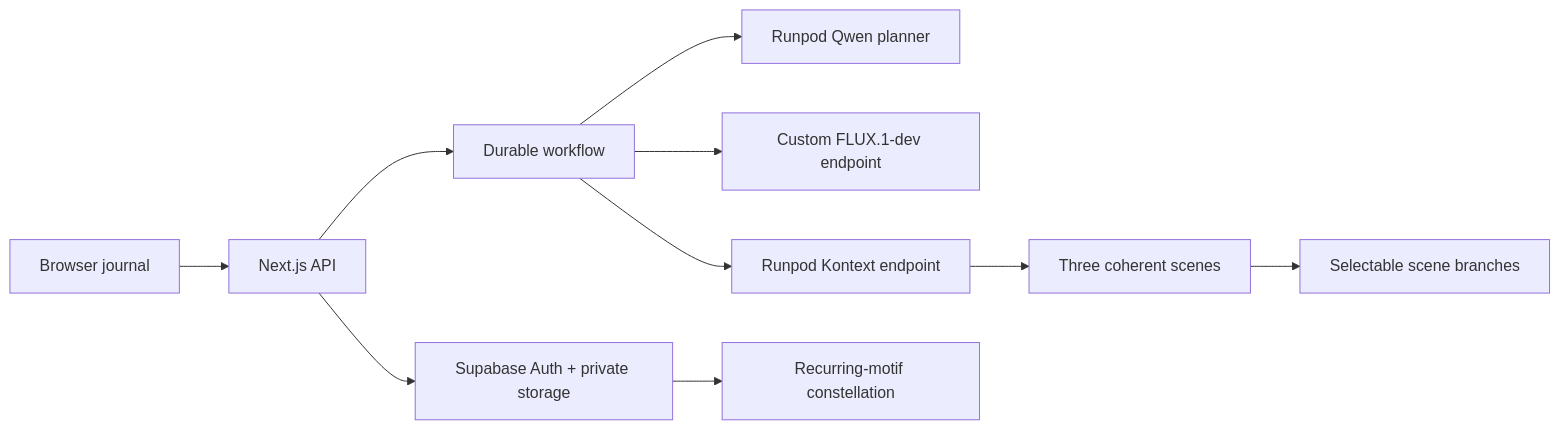
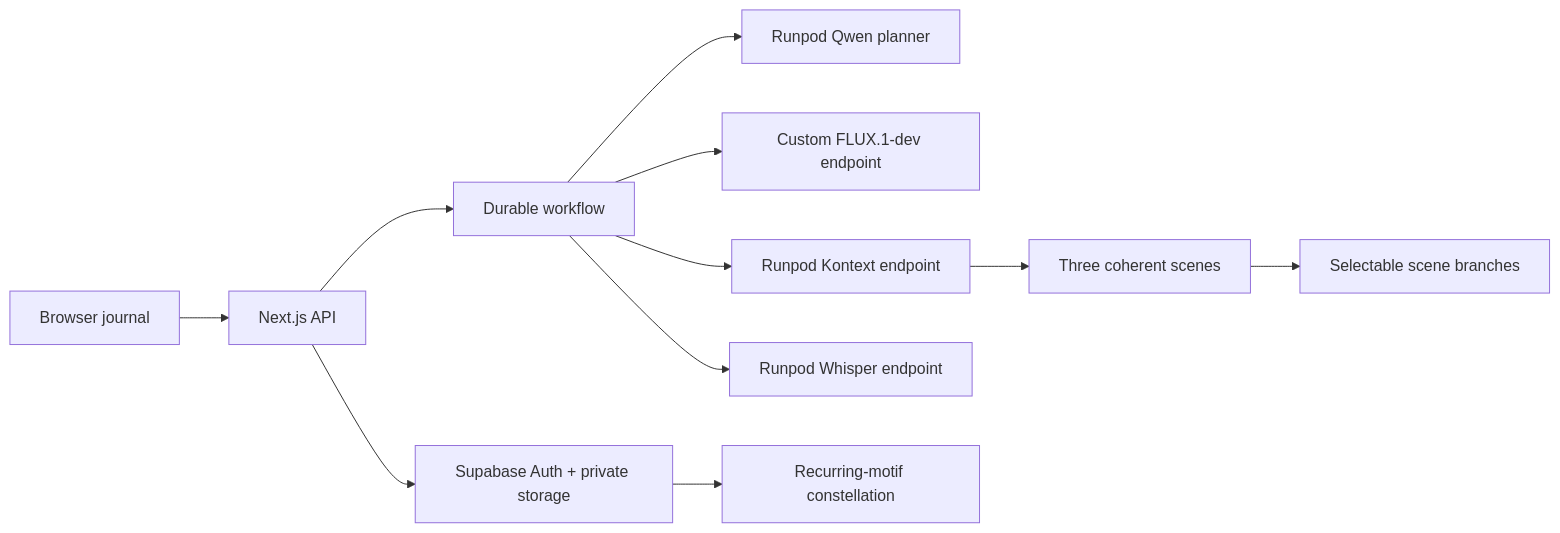
Before and after one commit to samuelczhao/runpod-flux-serverless: the first of 2 diagrams in README.md, drawn with Mermaid. The commit also changed other lines of this file and 6 other files, not shown here.

````diff
--- a/README.md
+++ b/README.md
@@ -16,12 +18,13 @@
 ```mermaid
 flowchart LR
     A[Browser journal] --> B[Next.js API]
     B --> C[Supabase Auth + private storage]
     B --> D[Durable workflow]
     D --> E[Runpod Qwen planner]
     D --> F[Custom FLUX.1-dev endpoint]
     D --> G[Runpod Kontext endpoint]
+    D --> K[Runpod Whisper endpoint]
     G --> H[Three coherent scenes]
     H --> I[Selectable scene branches]
     C --> J[Recurring-motif constellation]
 ```
````
